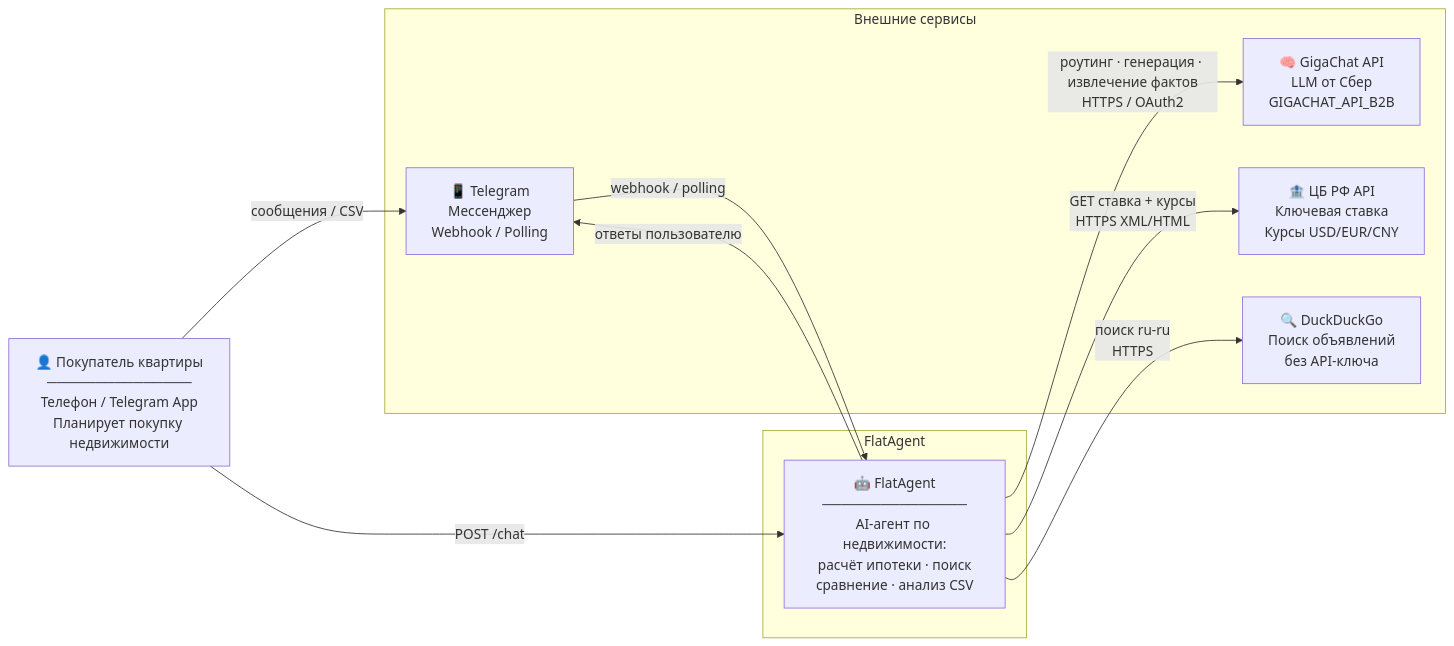
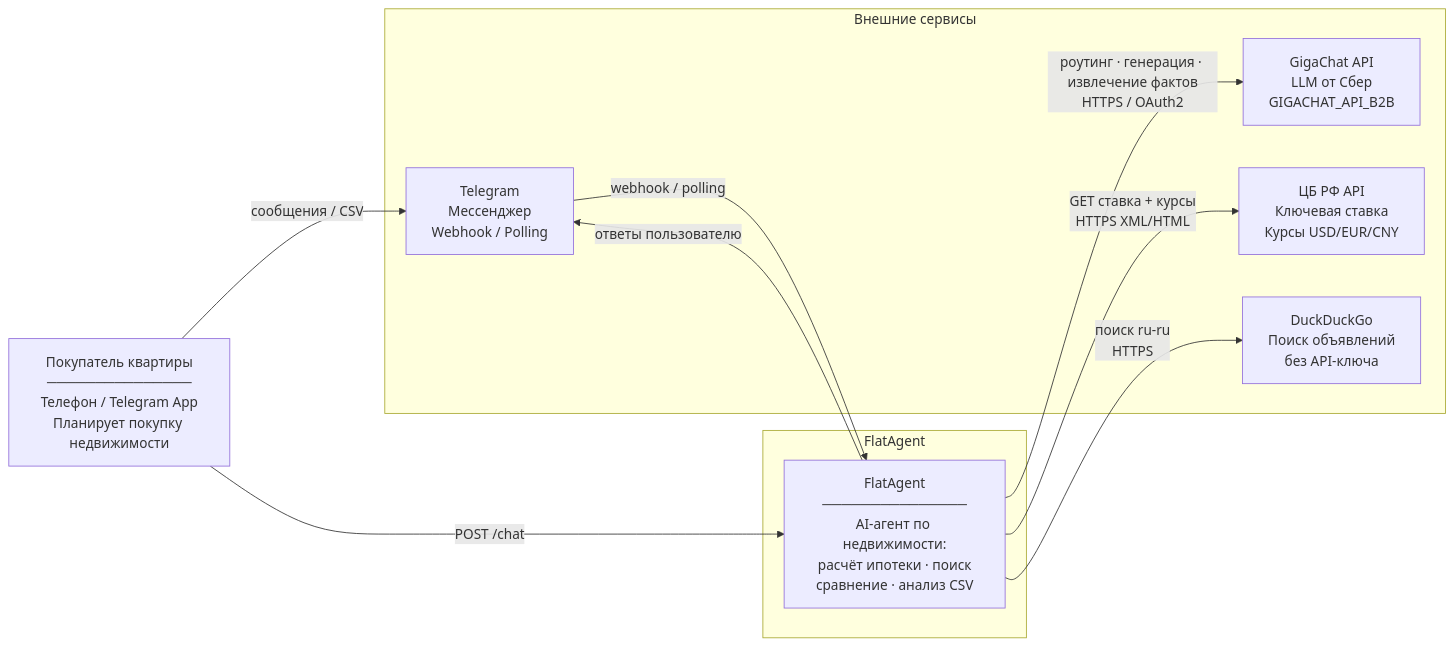
Before and after one commit to baton2809/flat-agent: the diagram in docs/diagrams/c4-context.md, drawn with Mermaid. The commit also changed 2 other files, not shown here.

Commit message:
milestone-2: remove emojis from C4 diagrams

````diff
--- a/docs/diagrams/c4-context.md
+++ b/docs/diagrams/c4-context.md
@@ -5,23 +5,23 @@
 ```mermaid
 flowchart LR
-    USER["👤 Покупатель квартиры\n───────────────\nТелефон / Telegram App\nПланирует покупку недвижимости"]
+    USER["Покупатель квартиры\n───────────────\nТелефон / Telegram App\nПланирует покупку недвижимости"]
 
     subgraph SYSTEM["  FlatAgent  "]
-        FA["🤖 FlatAgent\n───────────────\nAI-агент по недвижимости:\nрасчёт ипотеки · поиск\nсравнение · анализ CSV"]
+        FA["FlatAgent\n───────────────\nAI-агент по недвижимости:\nрасчёт ипотеки · поиск\nсравнение · анализ CSV"]
     end
 
     subgraph EXT["Внешние сервисы"]
-        TG["📱 Telegram\nМессенджер\nWebhook / Polling"]
-        GC["🧠 GigaChat API\nLLM от Сбер\nGIGACHAT_API_B2B"]
-        CBR["🏦 ЦБ РФ API\nКлючевая ставка\nКурсы USD/EUR/CNY"]
-        DDG["🔍 DuckDuckGo\nПоиск объявлений\nбез API-ключа"]
+        TG["Telegram\nМессенджер\nWebhook / Polling"]
+        GC["GigaChat API\nLLM от Сбер\nGIGACHAT_API_B2B"]
+        CBR["ЦБ РФ API\nКлючевая ставка\nКурсы USD/EUR/CNY"]
+        DDG["DuckDuckGo\nПоиск объявлений\nбез API-ключа"]
     end
 
     USER -- "сообщения / CSV" --> TG
     TG -- "webhook / polling" --> FA
     USER -- "POST /chat" --> FA
     FA -- "ответы пользователю" --> TG
     FA -- "роутинг · генерация · извлечение фактов\nHTTPS / OAuth2" --> GC
     FA -- "GET ставка + курсы\nHTTPS XML/HTML" --> CBR
     FA -- "поиск ru-ru\nHTTPS" --> DDG
 ```
````
